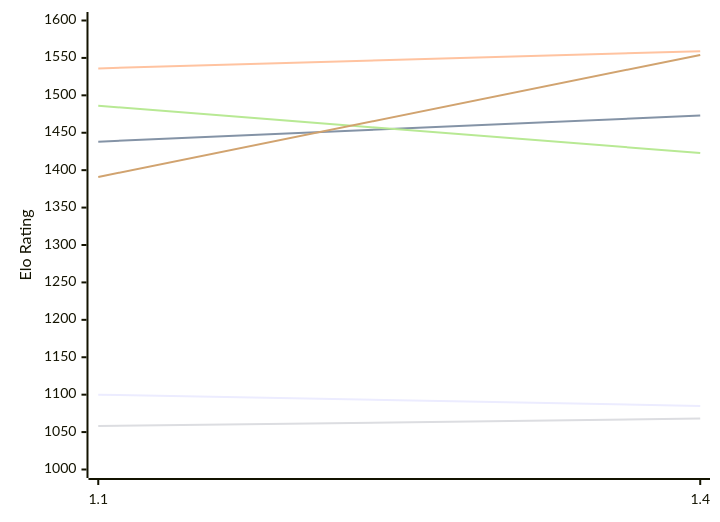
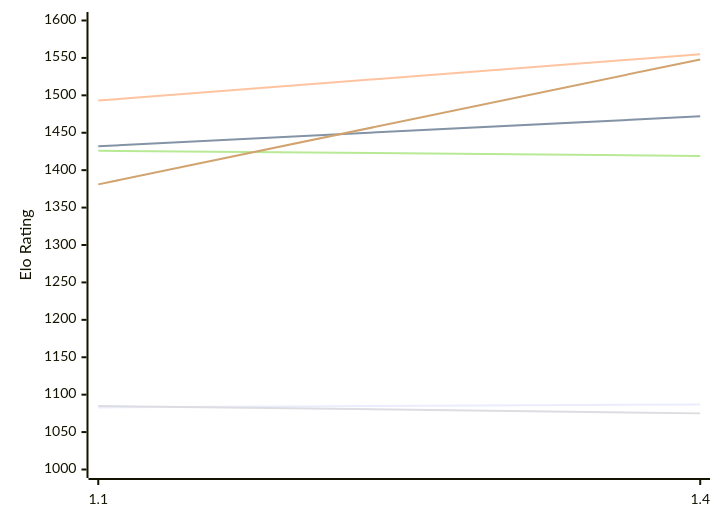
One commit to computer-chess-index/cci changed the first of 2 diagrams in engines/USunfish.md. Above: the diagram before and after it, drawn with Mermaid. The commit also changed other lines of this file, not shown here.

Commit message:
Update CCI Ratings (ELO VLTC) - 2026-11-14

````diff
--- a/engines/USunfish.md
+++ b/engines/USunfish.md
@@ -50,12 +50,12 @@
 ```mermaid
 %%{init: {"theme":"base","themeVariables":{"seriesColors:['#a3a3a3','#222221','#faa371']}}}%%
 xychart-beta
   x-axis ["1.1", "1.4"]
   y-axis "Elo Rating" 1000 --> 1600
-  line "E1: STC (8.0+0.08s)" [1100, 1085]
-  line "E1: LTC (60.0+0.60s)" [1438, 1473]
-  line "E1: VLTC (2m24s+1.12s)" [1536, 1559]
-  line "P1: STC (8.0+0.08s)" [1058, 1068]
-  line "P1: LTC (60.0+0.60s)" [1486, 1423]
-  line "P1: VLTC (2m24s+1.12s)" [1391, 1554]
+  line "E1: STC (8.0+0.08s)" [1083, 1087]
+  line "E1: LTC (60.0+0.60s)" [1432, 1472]
+  line "E1: VLTC (2m24s+1.12s)" [1493, 1555]
+  line "P1: STC (8.0+0.08s)" [1085, 1075]
+  line "P1: LTC (60.0+0.60s)" [1426, 1419]
+  line "P1: VLTC (2m24s+1.12s)" [1381, 1548]
 ```
````
